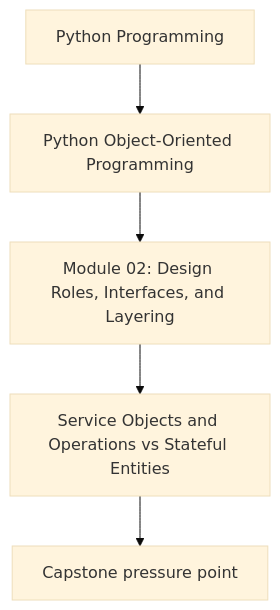
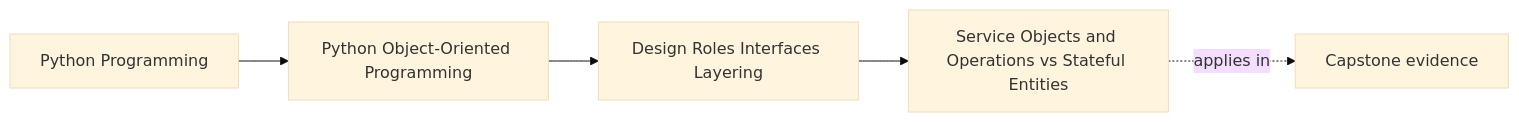
Before and after one commit to bijux/bijux-masterclass: the first of 2 diagrams in programs/python-programming/python-object-oriented-programming/course-book/module-02-design-roles-interfaces-layering/services-versus-stateful-entities.md, drawn with Mermaid (base theme). The commit also changed other lines of this file and 65 other files, not shown here.

Commit message:
docs(python-object-oriented-programming): map object model and design foundations

````diff
--- a/programs/python-programming/python-object-oriented-programming/course-book/module-02-design-roles-interfaces-layering/services-versus-stateful-entities.md
+++ b/programs/python-programming/python-object-oriented-programming/course-book/module-02-design-roles-interfaces-layering/services-versus-stateful-entities.md
@@ -7,7 +7,11 @@
 ```mermaid
-flowchart TD
-  family["Python Programming"] --> program["Python Object-Oriented Programming"]
-  program --> module["Module 02: Design Roles, Interfaces, and Layering"]
-  module --> concept["Service Objects and Operations vs Stateful Entities"]
-  concept --> capstone["Capstone pressure point"]
+graph LR
+  family["Python Programming"]
+  program["Python Object-Oriented Programming"]
+  section["Design Roles Interfaces Layering"]
+  page["Service Objects and Operations vs Stateful Entities"]
+  capstone["Capstone evidence"]
+
+  family --> program --> section --> page
+  page -.applies in.-> capstone
 ```
````
